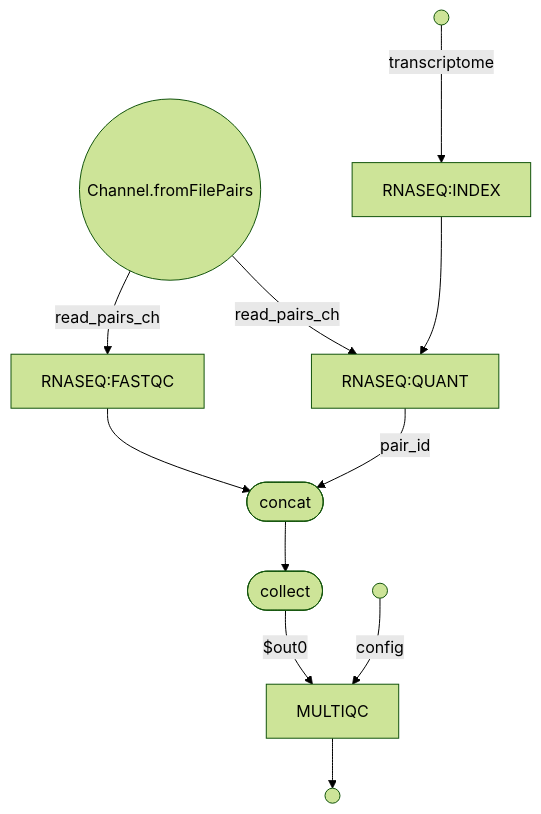
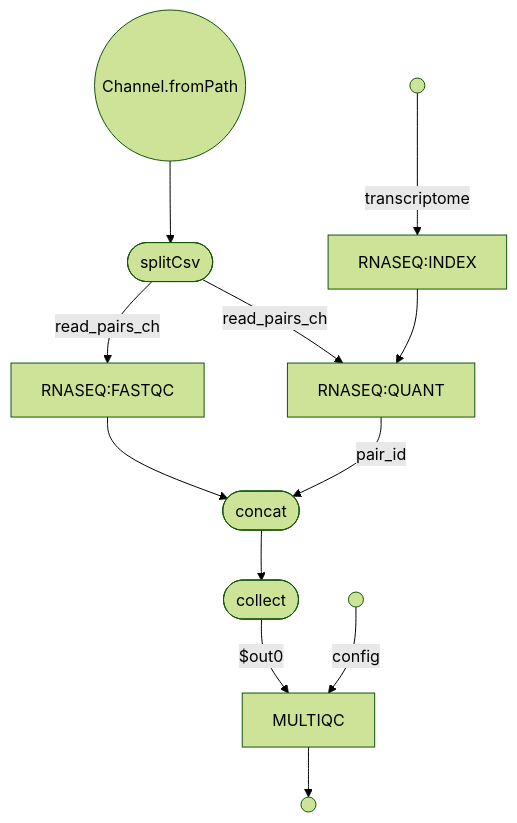
Before and after one commit to nextflow-io/rnaseq-nf: the diagram in README.md, drawn with Mermaid. The commit also changed other lines of this file and 6 other files, not shown here.

Commit message:
Add samplesheet CSV input schema

````diff
--- a/README.md
+++ b/README.md
@@ -52,24 +71,25 @@
 ```mermaid
 %%{init: { 'theme': 'forest' } }%%
 flowchart TD
-    p0((Channel.fromFilePairs))
-    p1(( ))
-    p2[RNASEQ:INDEX]
-    p3[RNASEQ:FASTQC]
-    p4[RNASEQ:QUANT]
-    p5([concat])
-    p6([collect])
-    p7(( ))
-    p8[MULTIQC]
-    p9(( ))
-    p0 -->|read_pairs_ch| p3
-    p1 -->|transcriptome| p2
-    p2 --> p4
+    p0((Channel.fromPath))
+    p1([splitCsv])
+    p2(( ))
+    p3[RNASEQ:INDEX]
+    p4[RNASEQ:FASTQC]
+    p5[RNASEQ:QUANT]
+    p6([concat])
+    p7([collect])
+    p8(( ))
+    p9[MULTIQC]
+    p10(( ))
+    p0 --> p1 -->|read_pairs_ch| p4
+    p1 -->|read_pairs_ch| p5
+    p2 -->|transcriptome| p3
     p3 --> p5
-    p0 -->|read_pairs_ch| p4
-    p4 -->|pair_id| p5
-    p5 --> p6
-    p6 -->|$out0| p8
-    p7 -->|config| p8
-    p8 --> p9
+    p4 --> p6
+    p5 -->|pair_id| p6
+    p6 --> p7
+    p7 -->|$out0| p9
+    p8 -->|config| p9
+    p9 --> p10
 ```
````
